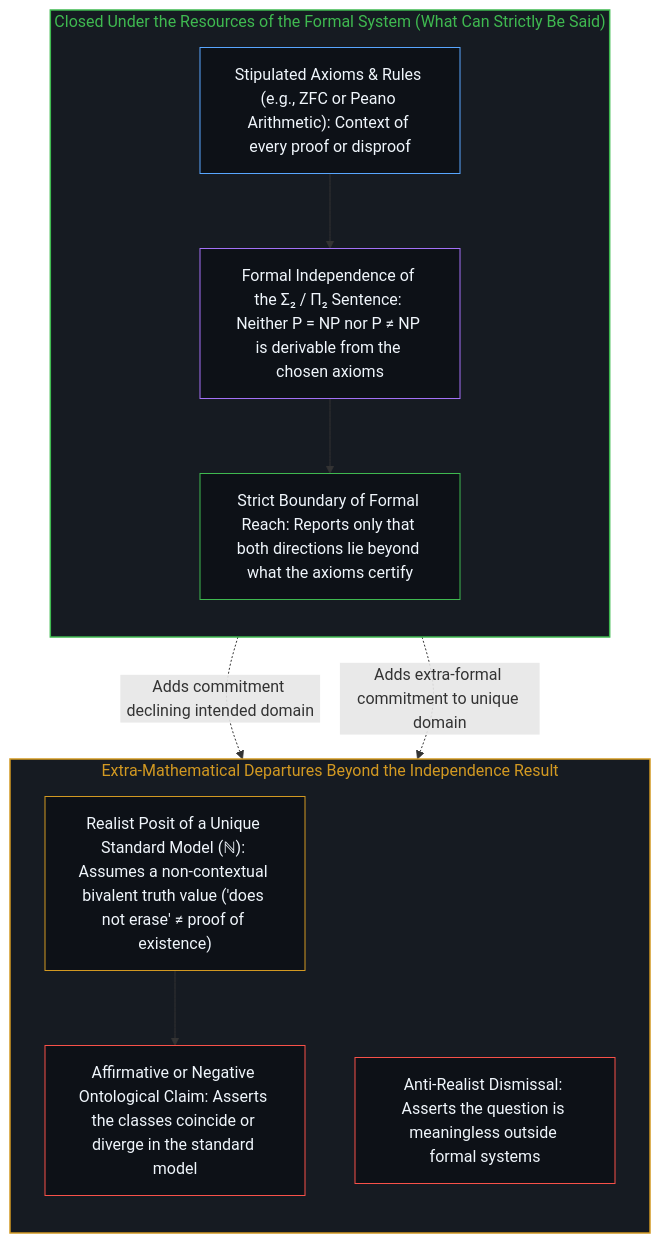
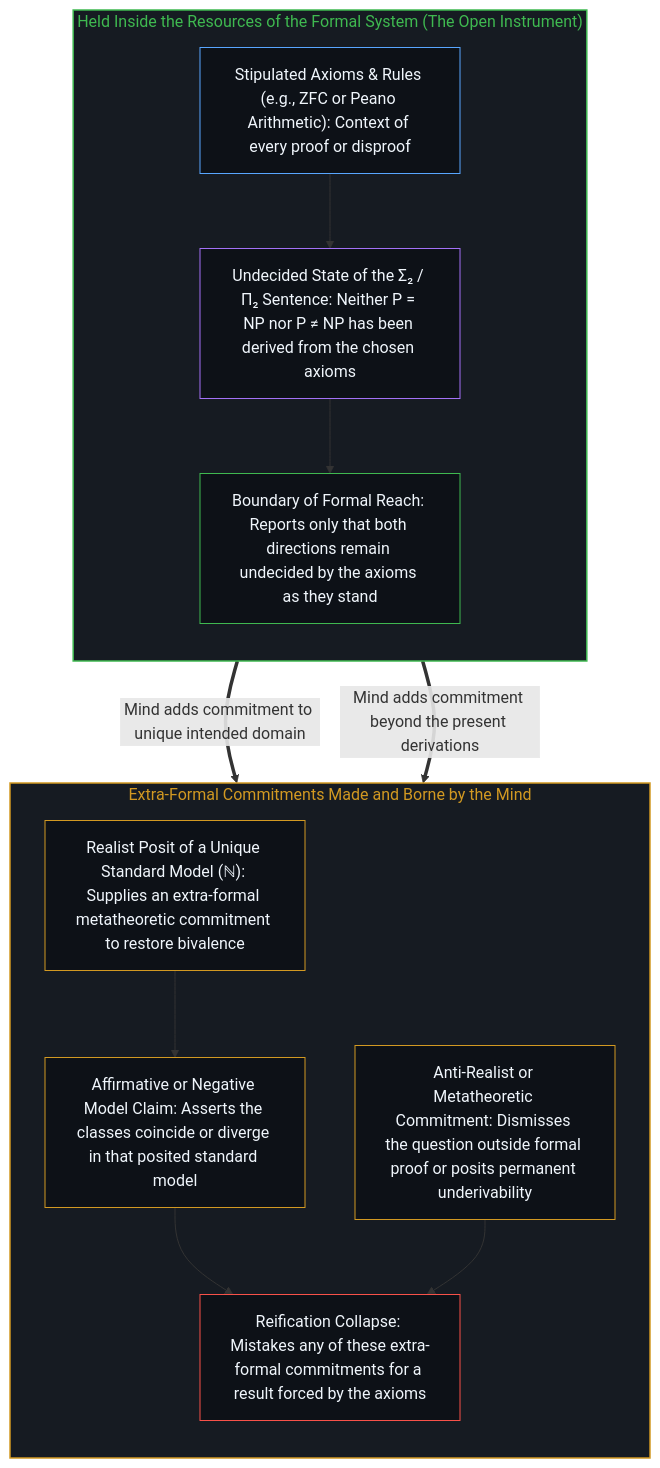
Before and after one commit to powerpig99/not-a-toe: the fourth of 4 diagrams in content/posts/on-the-boundaries-of-what-can-be-said-about-p-and-np.md, drawn with Mermaid. The commit also changed other lines of this file and 1 other file, not shown here.

Commit message:
Refine Post #412 under cold-critic retro pass (on-the-boundaries-of-what-can-be-said-about-p-and-np)

````diff
--- a/content/posts/on-the-boundaries-of-what-can-be-said-about-p-and-np.md
+++ b/content/posts/on-the-boundaries-of-what-can-be-said-about-p-and-np.md
@@ -113,27 +117,31 @@
 ```mermaid
 flowchart TD
-    subgraph S_Formal["Closed Under the Resources of the Formal System (What Can Strictly Be Said)"]
+    subgraph S_Formal["Held Inside the Resources of the Formal System (The Open Instrument)"]
         direction TB
         Ax["Stipulated Axioms & Rules (e.g., ZFC or Peano Arithmetic): Context of every proof or disproof"]
-        Ind["Formal Independence of the Σ₂ / Π₂ Sentence: Neither P = NP nor P ≠ NP is derivable from the chosen axioms"]
-        Bound["Strict Boundary of Formal Reach: Reports only that both directions lie beyond what the axioms certify"]
+        Ind["Undecided State of the Σ₂ / Π₂ Sentence: Neither P = NP nor P ≠ NP has been derived from the chosen axioms"]
+        Bound["Boundary of Formal Reach: Reports only that both directions remain undecided by the axioms as they stand"]
         Ax --> Ind --> Bound
     end
-    subgraph S_Depart["Extra-Mathematical Departures Beyond the Independence Result"]
+    subgraph S_Depart["Extra-Formal Commitments Made and Borne by the Mind"]
         direction TB
-        Posit["Realist Posit of a Unique Standard Model (ℕ): Assumes a non-contextual bivalent truth value ('does not erase' ≠ proof of existence)"]
-        Claim1["Affirmative or Negative Ontological Claim: Asserts the classes coincide or diverge in the standard model"]
-        Claim2["Anti-Realist Dismissal: Asserts the question is meaningless outside formal systems"]
+        Posit["Realist Posit of a Unique Standard Model (ℕ): Supplies an extra-formal metatheoretic commitment to restore bivalence"]
+        Claim1["Affirmative or Negative Model Claim: Asserts the classes coincide or diverge in that posited standard model"]
+        Claim2["Anti-Realist or Metatheoretic Commitment: Dismisses the question outside formal proof or posits permanent underivability"]
+        Collapse["Reification Collapse: Mistakes any of these extra-formal commitments for a result forced by the axioms"]
         Posit --> Claim1
-        Bound -.->|"Adds commitment declining intended domain"| Claim2
+        Claim1 --> Collapse
+        Claim2 --> Collapse
     end
-    Bound -.->|"Adds extra-formal commitment to unique domain"| Posit
+    Bound ==>|"Mind adds commitment to unique intended domain"| Posit
+    Bound ==>|"Mind adds commitment beyond the present derivations"| Claim2
     style S_Formal fill:#161b22,stroke:#3fb950,stroke-width:1.5px,color:#3fb950
     style S_Depart fill:#161b22,stroke:#d29922,stroke-width:1.5px,color:#d29922
     style Ax fill:#0d1117,stroke:#58a6ff,stroke-width:1px,color:#f0f6fc
     style Ind fill:#0d1117,stroke:#a371f7,stroke-width:1px,color:#f0f6fc
     style Bound fill:#0d1117,stroke:#3fb950,stroke-width:1px,color:#f0f6fc
     style Posit fill:#0d1117,stroke:#d29922,stroke-width:1px,color:#f0f6fc
-    style Claim1 fill:#0d1117,stroke:#f85149,stroke-width:1px,color:#f0f6fc
-    style Claim2 fill:#0d1117,stroke:#f85149,stroke-width:1px,color:#f0f6fc
+    style Claim1 fill:#0d1117,stroke:#d29922,stroke-width:1px,color:#f0f6fc
+    style Claim2 fill:#0d1117,stroke:#d29922,stroke-width:1px,color:#f0f6fc
+    style Collapse fill:#0d1117,stroke:#f85149,stroke-width:1px,color:#f0f6fc
 ```
````
